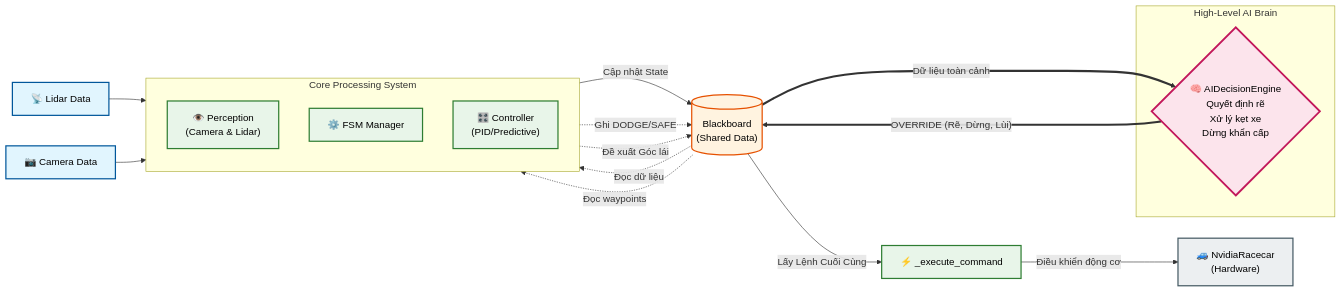
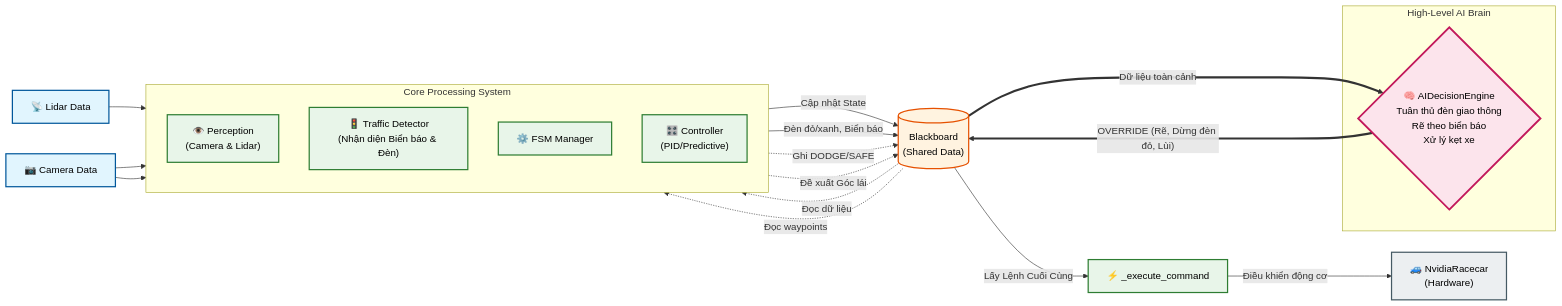
The second of 2 diagrams in analyze/tasks_architecture.md (Tung-pro123/PromptEnginner), drawn with Mermaid before and after one commit. The commit also changed other lines of this file and 3 other files, not shown here.

````diff
--- a/analyze/tasks_architecture.md
+++ b/analyze/tasks_architecture.md
@@ -70,45 +70,49 @@
 ```mermaid
 flowchart LR
     %% Style (Màu sắc và viền)
     classDef sensor fill:#e1f5fe,stroke:#01579b,stroke-width:2px,color:#000
     classDef core fill:#e8f5e9,stroke:#2e7d32,stroke-width:2px,color:#000
     classDef bb fill:#fff3e0,stroke:#e65100,stroke-width:2px,color:#000
     classDef ai fill:#fce4ec,stroke:#c2185b,stroke-width:3px,color:#000
     classDef hw fill:#eceff1,stroke:#455a64,stroke-width:2px,color:#000
 
     %% Nodes
     Lidar["📡 Lidar Data"]:::sensor
     Cam["📷 Camera Data"]:::sensor
     BB[("Blackboard<br>(Shared Data)")]:::bb
 
     subgraph Core["Core Processing System"]
         direction TB
         Perception["👁️ Perception<br>(Camera & Lidar)"]:::core
+        Traffic["🚦 Traffic Detector<br>(Nhận diện Biển báo & Đèn)"]:::core
         FSM["⚙️ FSM Manager"]:::core
         CTRL["🎛️ Controller<br>(PID/Predictive)"]:::core
     end
 
     subgraph Brain["High-Level AI Brain"]
-        AI{"🧠 AIDecisionEngine<br>Quyết định rẽ<br>Xử lý kẹt xe<br>Dừng khẩn cấp"}:::ai
+        AI{"🧠 AIDecisionEngine<br>Tuân thủ đèn giao thông<br>Rẽ theo biển báo<br>Xử lý kẹt xe"}:::ai
     end
 
     EXEC["⚡ _execute_command"]:::core
     Motor["🚙 NvidiaRacecar<br>(Hardware)"]:::hw
 
     %% Connections
     Lidar --> Perception
     Cam --> Perception
     Perception -->|"Cập nhật State"| BB
     
+    Cam --> Traffic
+    Traffic -->|"Đèn đỏ/xanh, Biển báo"| BB
+    
     BB -.->|"Đọc dữ liệu"| FSM
     FSM -.->|"Ghi DODGE/SAFE"| BB
     
     BB -.->|"Đọc waypoints"| CTRL
     CTRL -.->|"Đề xuất Góc lái"| BB
     
     BB ===>|"Dữ liệu toàn cảnh"| AI
-    AI ===>|"OVERRIDE (Rẽ, Dừng, Lùi)"| BB
+    AI ===>|"OVERRIDE (Rẽ, Dừng đèn đỏ, Lùi)"| BB
     
     BB -->|"Lấy Lệnh Cuối Cùng"| EXEC
     EXEC -->|"Điều khiển động cơ"| Motor
 ```
````
